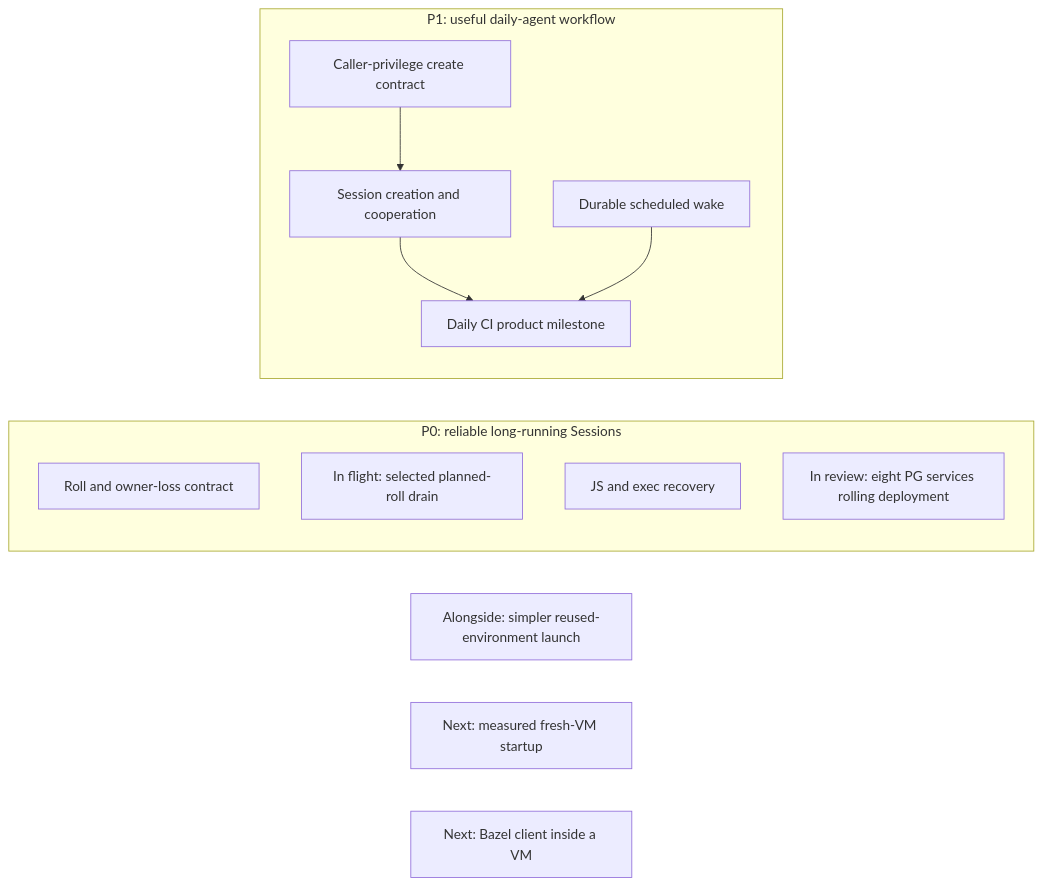
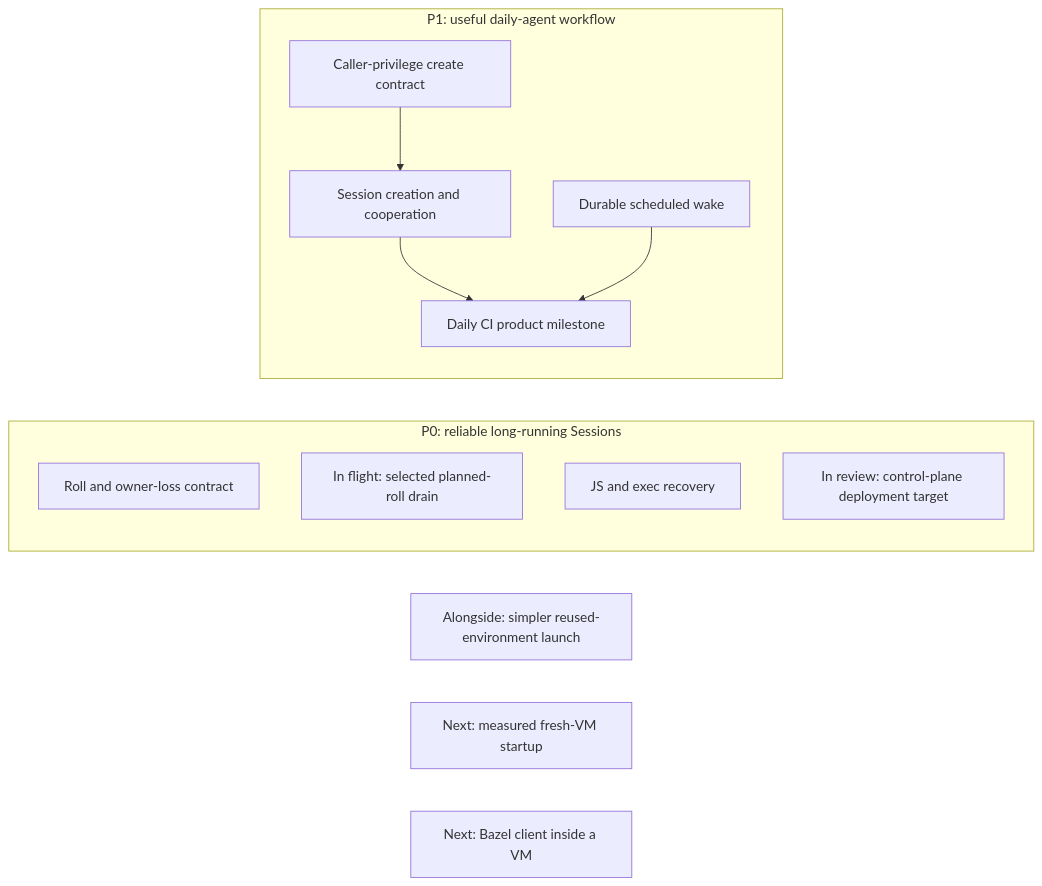
The first of 18 diagrams in agentplane/plans/task_dag.md (agentydragon/ducktape), drawn with Mermaid before and after one commit. The commit also changed other lines of this file and 3 other files, not shown here.

````diff
--- a/agentplane/plans/task_dag.md
+++ b/agentplane/plans/task_dag.md
@@ -144,17 +144,17 @@
 ```mermaid
 flowchart LR
     subgraph PRIORITY_ZERO[P0: reliable long-running Sessions]
         CENTRAL_SAMPLER_REPLICA_ROLLOUT[Roll and owner-loss contract]
         CENTRAL_SAMPLER_PLANNED_DRAIN[In flight: selected planned-roll drain]
         CENTRAL_SAMPLER_TOOL_RECOVERY[JS and exec recovery]
-        CONTROL_PLANE_ROLLING_SERVICES[In review: eight PG services rolling deployment]
+        CONTROL_PLANE_ROLLING_SERVICES[In review: control-plane deployment target]
     end
     subgraph PRIORITY_ONE[P1: useful daily-agent workflow]
         THREAD_CREATE_POLICY[Caller-privilege create contract] --> THREAD_CREATE_AUTHORIZATION[Session creation and cooperation]
         THREAD_CREATE_AUTHORIZATION --> DAILY_CI_AGENT[Daily CI product milestone]
         SCHEDULED_AGENT_WAKE[Durable scheduled wake] --> DAILY_CI_AGENT
     end
     SESSION_LAUNCH_FRICTION[Alongside: simpler reused-environment launch]
     VM_STARTUP_LATENCY[Next: measured fresh-VM startup]
     LOCAL_BAZEL[Next: Bazel client inside a VM]
 ```
````
